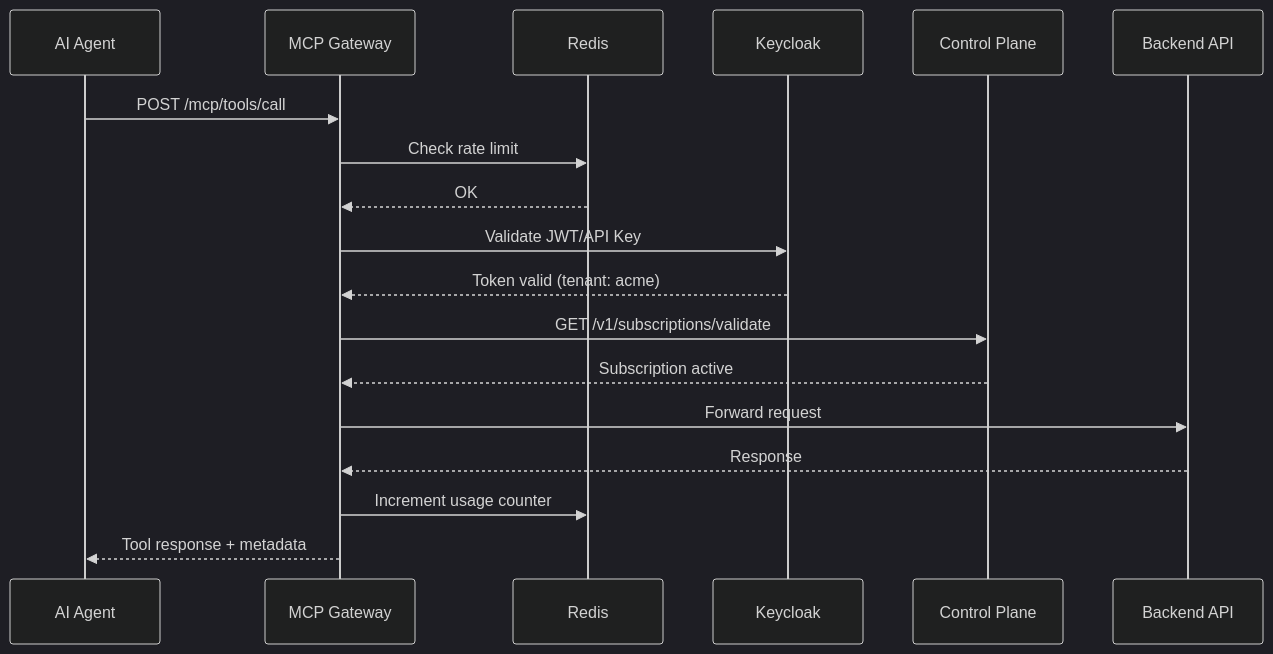
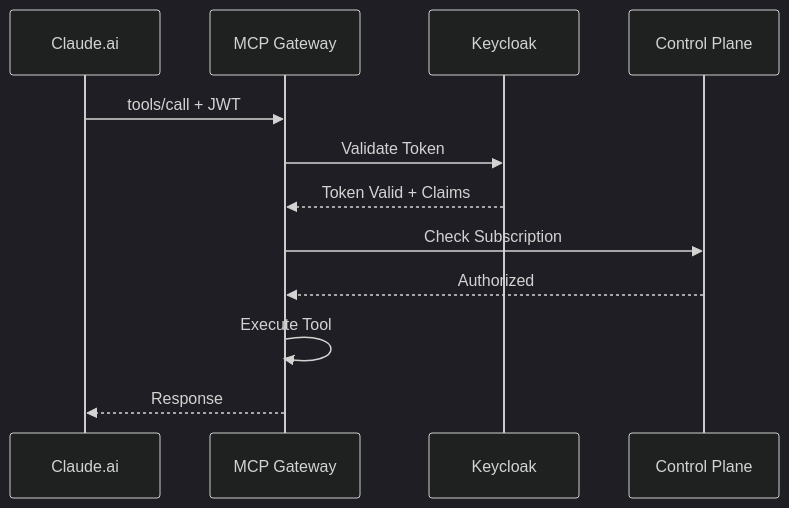
The diagram in docs/concepts/mcp-gateway.md (stoa-platform/stoa-docs), drawn with Mermaid (dark theme) before and after one commit. The commit also changed other lines of this file and 4 other files, not shown here.

````diff
--- a/docs/concepts/mcp-gateway.md
+++ b/docs/concepts/mcp-gateway.md
@@ -180,21 +93,15 @@
 ```mermaid
 sequenceDiagram
-    participant Agent as AI Agent
-    participant GW as MCP Gateway
-    participant Redis
+    participant Claude as Claude.ai
+    participant MCP as MCP Gateway
     participant KC as Keycloak
     participant CP as Control Plane
-    participant API as Backend API
 
-    Agent->>GW: POST /mcp/tools/call
-    GW->>Redis: Check rate limit
-    Redis-->>GW: OK
-    GW->>KC: Validate JWT/API Key
-    KC-->>GW: Token valid (tenant: acme)
-    GW->>CP: GET /v1/subscriptions/validate
-    CP-->>GW: Subscription active
-    GW->>API: Forward request
-    API-->>GW: Response
-    GW->>Redis: Increment usage counter
-    GW-->>Agent: Tool response + metadata
+    Claude->>MCP: tools/call + JWT
+    MCP->>KC: Validate Token
+    KC-->>MCP: Token Valid + Claims
+    MCP->>CP: Check Subscription
+    CP-->>MCP: Authorized
+    MCP->>MCP: Execute Tool
+    MCP-->>Claude: Response
 ```
````
